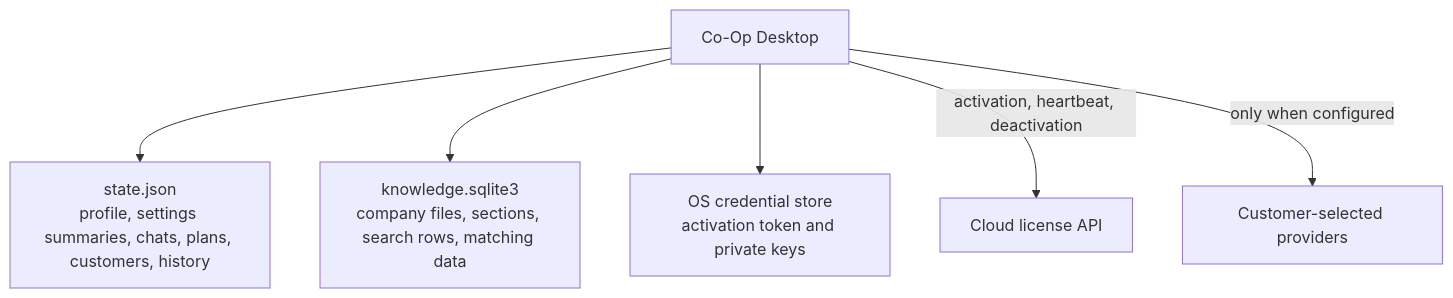
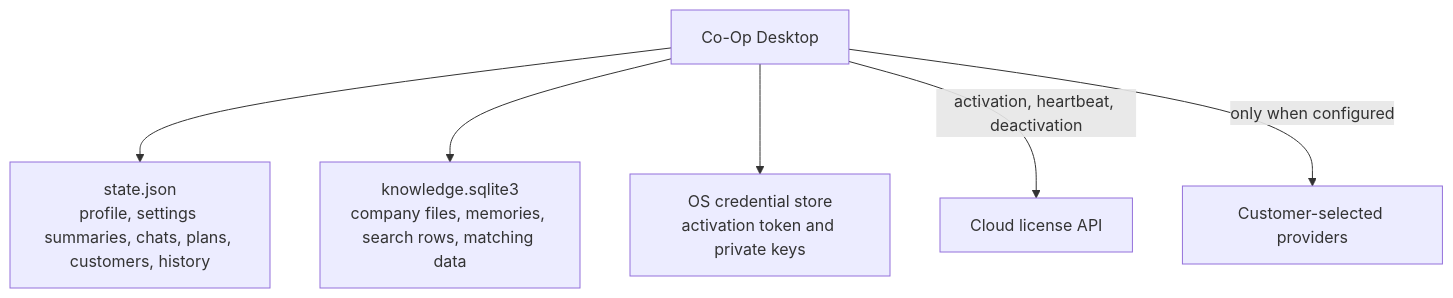
Before and after one commit to Afnanksalal/co-op: the first of 2 diagrams in docs/DATA_PLANE.md, drawn with Mermaid. The commit also changed other lines of this file and 69 other files, not shown here.

````diff
--- a/docs/DATA_PLANE.md
+++ b/docs/DATA_PLANE.md
@@ -7,15 +7,15 @@
 ```mermaid
 flowchart TD
   Desktop["Co-Op Desktop"]
   State["state.json<br/>profile, settings summaries, chats, plans, customers, history"]
-  Files["knowledge.sqlite3<br/>company files, sections, search rows, matching data"]
+  Files["knowledge.sqlite3<br/>company files, memories, search rows, matching data"]
   Secrets["OS credential store<br/>activation token and private keys"]
   Cloud["Cloud license API"]
   Provider["Customer-selected providers"]
 
   Desktop --> State
   Desktop --> Files
   Desktop --> Secrets
   Desktop -->|"activation, heartbeat, deactivation"| Cloud
   Desktop -->|"only when configured"| Provider
 ```
````
